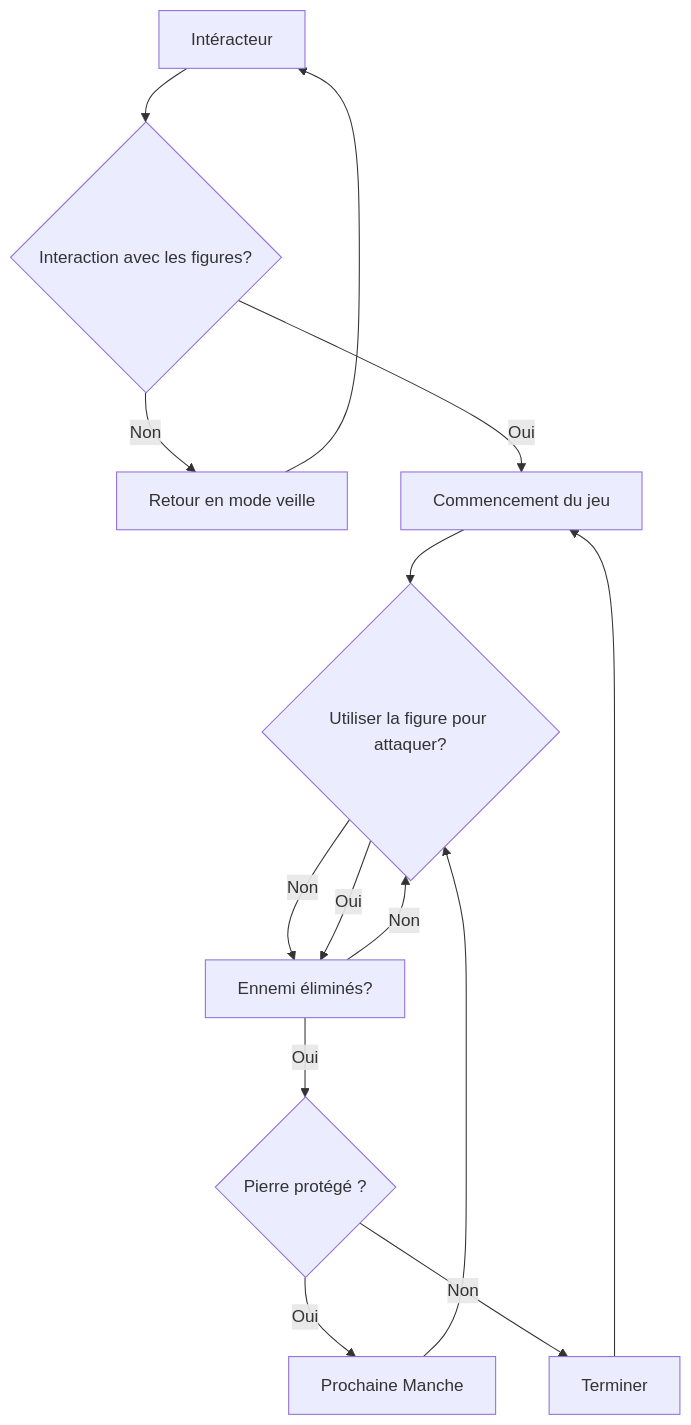
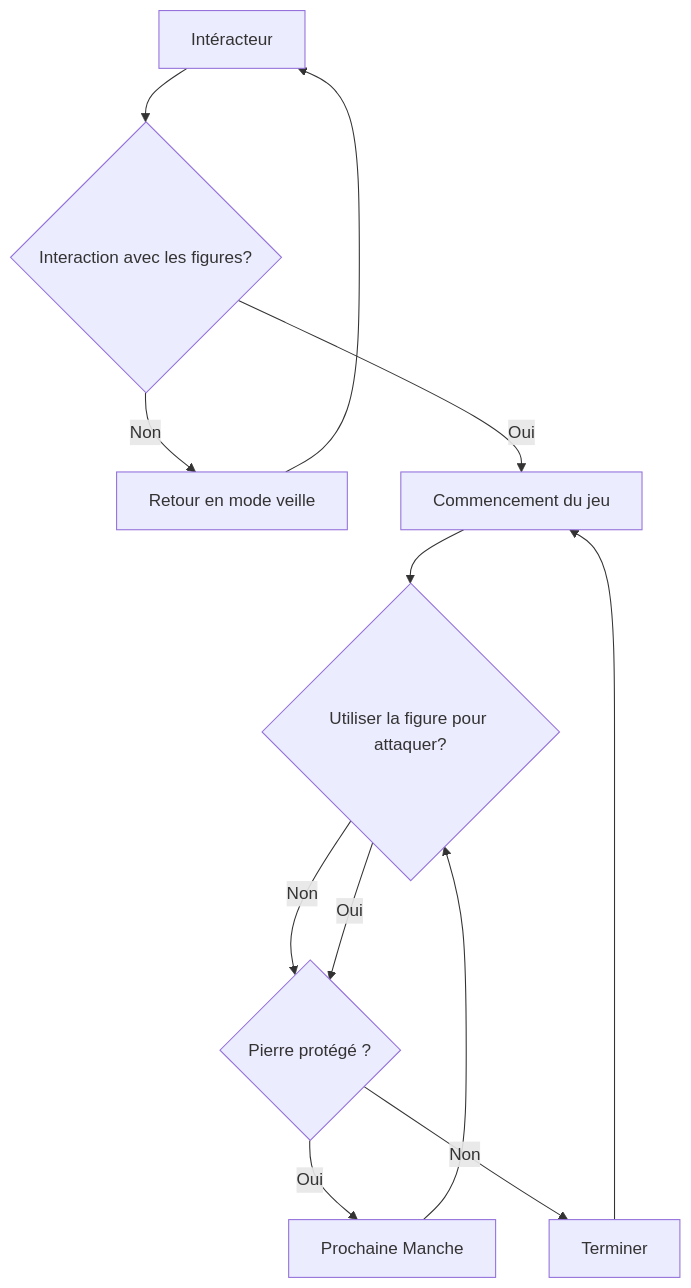
One commit to Ethereal-Creators/Etheria changed the diagram in 20_intention/30_scenario/README.md. Above: the diagram before and after it, drawn with Mermaid.

````diff
--- a/20_intention/30_scenario/README.md
+++ b/20_intention/30_scenario/README.md
@@ -13,17 +13,15 @@
 ```mermaid
 graph TD
 
     x[Intéracteur] --> id1{Interaction avec les figures?}
     id1 --Non--> A[Retour en mode veille]
     id1 --Oui--> B[Commencement du jeu] 
     B --> id2{Utiliser la figure pour attaquer?}
-    id2 --Non--> M[Ennemi éliminés?]
+    id2 --Non--> M{Pierre protégé ?}
     id2 --Oui--> M
-    M --Non--> id2
-    M --Oui--> id3{Pierre protégé ?}
-    id3 --Oui--> K[Prochaine Manche]
-    id3 --Non--> U[Terminer]
+    M --Oui--> K[Prochaine Manche]
+    M --Non--> U[Terminer]
     K --> id2
     U --> B
     A --> x
 ```
````
